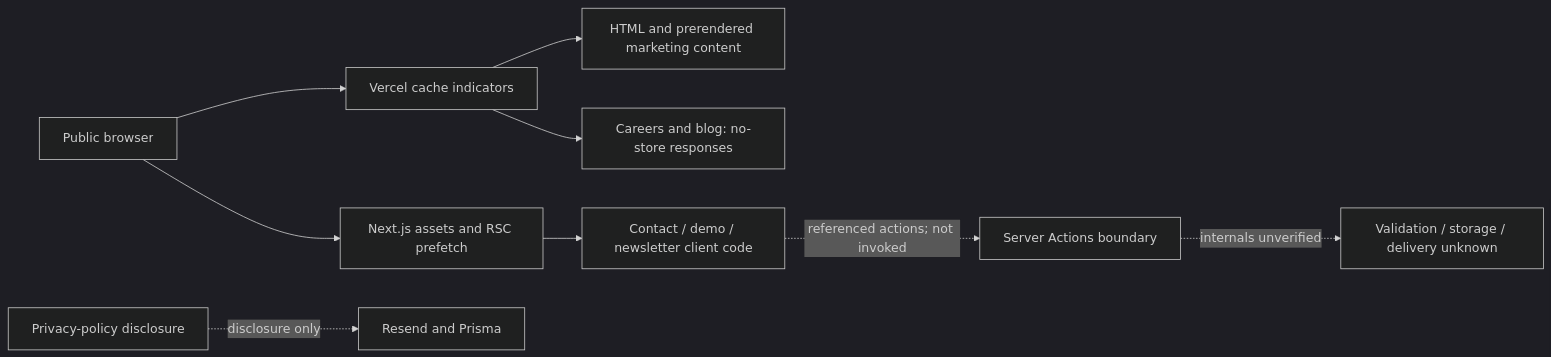
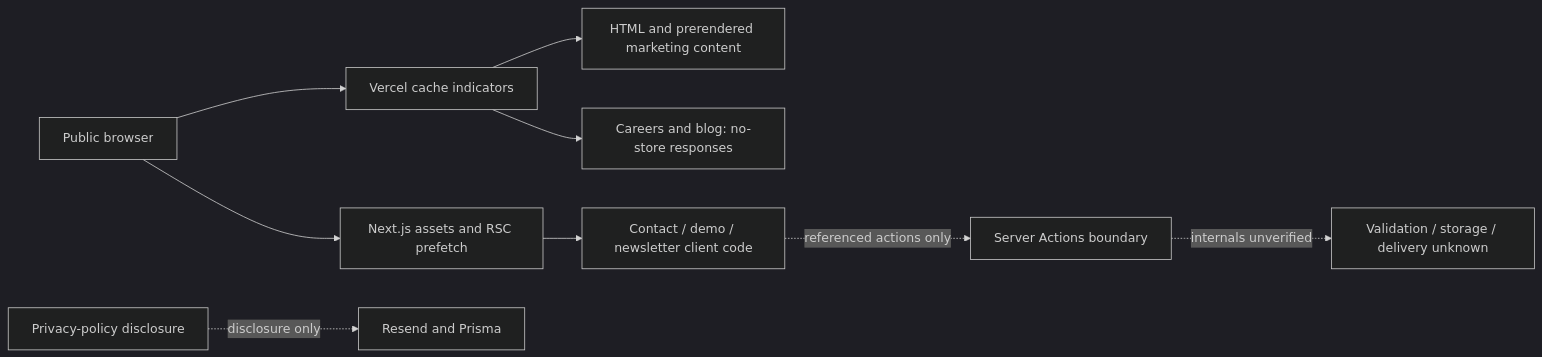
One commit to shantanu-1607/assignment changed the first of 3 diagrams in docs/ARCHITECTURE.md. Above: the diagram before and after it, drawn with Mermaid (dark theme). The commit also changed other lines of this file and 8 other files, not shown here.

````diff
--- a/docs/ARCHITECTURE.md
+++ b/docs/ARCHITECTURE.md
@@ -5,11 +5,11 @@
 ```mermaid
 flowchart LR
   Browser[Public browser] --> Edge[Vercel cache indicators]
   Edge --> HTML[HTML and prerendered marketing content]
   Edge --> Dynamic[Careers and blog: no-store responses]
   Browser --> Assets[Next.js assets and RSC prefetch]
   Assets --> Forms[Contact / demo / newsletter client code]
-  Forms -. referenced actions; not invoked .-> Actions[Server Actions boundary]
+  Forms -. referenced actions only .-> Actions[Server Actions boundary]
   Actions -. internals unverified .-> Unknown[Validation / storage / delivery unknown]
   Policy[Privacy-policy disclosure] -. disclosure only .-> Providers[Resend and Prisma]
 ```
````
